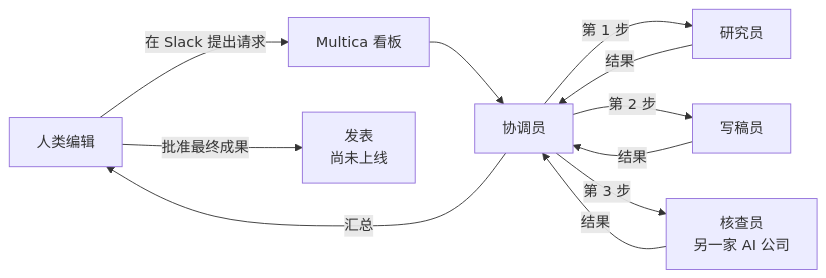
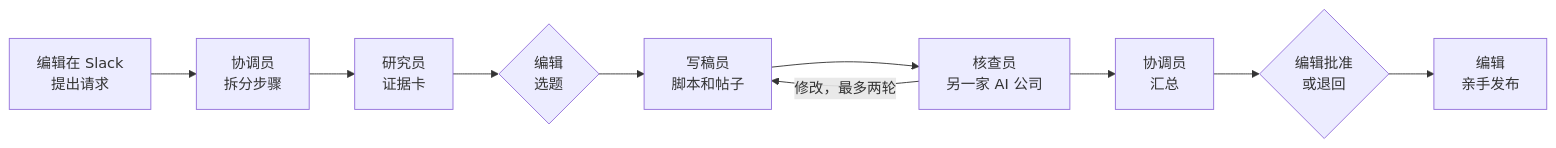
Before and after one commit to Zeeekrom/tasmania-student-notes-showcase: the diagram in README.zh-CN.md, drawn with Mermaid. The commit also changed other lines of this file and 3 other files, not shown here.

````diff
--- a/README.zh-CN.md
+++ b/README.zh-CN.md
@@ -44,11 +103,12 @@
 ```mermaid
 flowchart LR
-    E[人类编辑] -->|在 Slack 提出请求| B[Multica 看板]
-    B --> C[协调员]
-    C -->|第 1 步| R[研究员]
-    C -->|第 2 步| W[写稿员]
-    C -->|第 3 步| K[核查员<br/>另一家 AI 公司]
-    R & W & K -->|结果| C
-    C -->|汇总| E
-    E -->|批准最终成果| P[发表<br/>尚未上线]
+    E[编辑在 Slack<br/>提出请求] --> C[协调员<br/>拆分步骤]
+    C --> R[研究员<br/>证据卡]
+    R --> P{编辑<br/>选题}
+    P --> W[写稿员<br/>脚本和帖子]
+    W --> K[核查员<br/>另一家 AI 公司]
+    K -->|修改，最多两轮| W
+    K --> S[协调员<br/>汇总]
+    S --> A{编辑批准<br/>或退回}
+    A --> H[编辑<br/>亲手发布]
 ```
````
